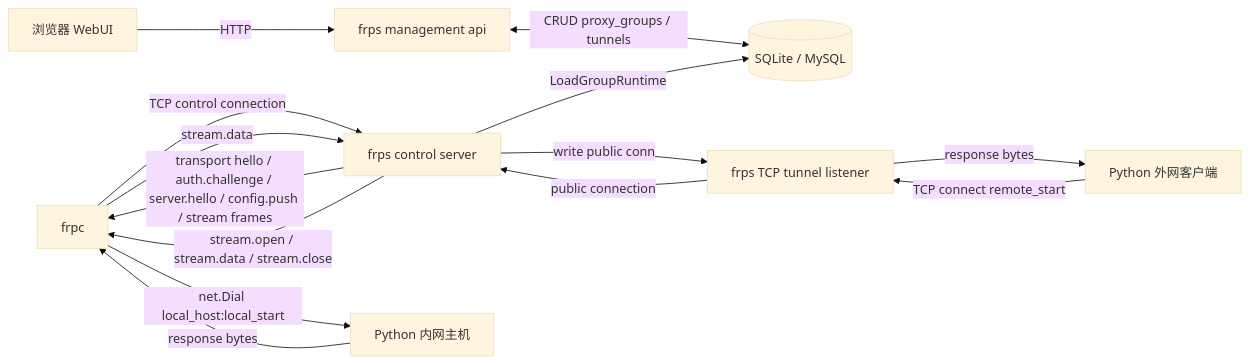
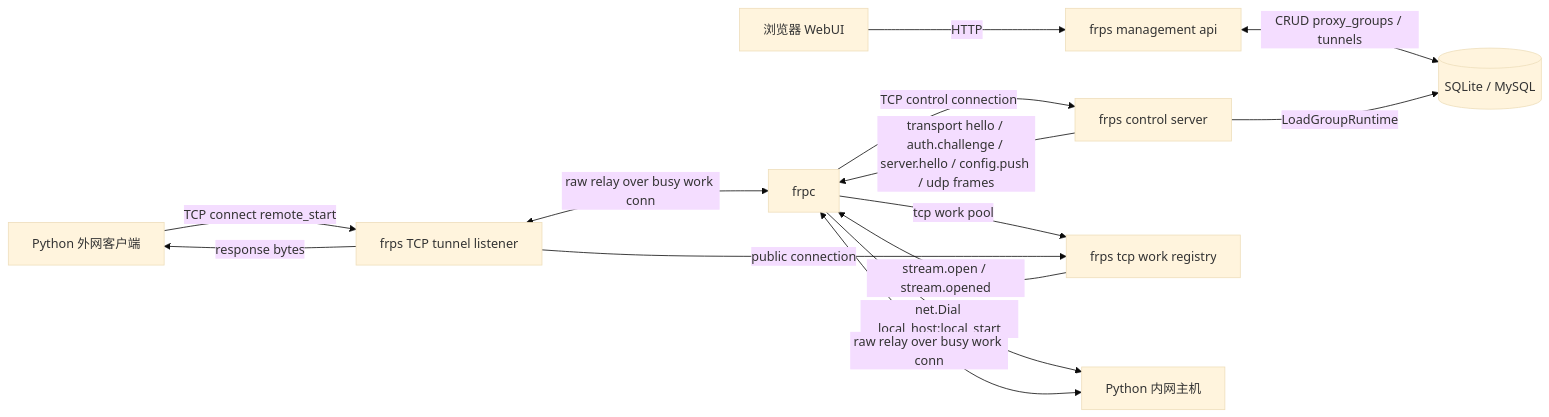
The first of 6 diagrams in docs/frps-frpc-current-architecture.md (Zightch/frp), drawn with Mermaid (base theme) before and after one commit. The commit also changed other lines of this file and 20 other files, not shown here.

Commit message:
refactor: finalize tcp work data plane cleanup

````diff
--- a/docs/frps-frpc-current-architecture.md
+++ b/docs/frps-frpc-current-architecture.md
@@ -13,19 +13,18 @@
 ```mermaid
 flowchart LR
     Web[浏览器 WebUI] -->|HTTP| API[frps management api]
     API <-->|CRUD proxy_groups / tunnels| DB[(SQLite / MySQL)]
 
     Frpc[frpc] -->|TCP control connection| Control[frps control server]
     Control -->|LoadGroupRuntime| DB
-    Control -->|transport hello / auth.challenge / server.hello / config.push / stream frames| Frpc
+    Control -->|transport hello / auth.challenge / server.hello / config.push / udp frames| Frpc
+    Frpc -->|tcp work pool| WorkPool[frps tcp work registry]
 
     External[Python 外网客户端] -->|TCP connect remote_start| Public[frps TCP tunnel listener]
-    Public -->|public connection| Control
-    Control -->|stream.open / stream.data / stream.close| Frpc
+    Public -->|public connection| WorkPool
+    WorkPool -->|stream.open / stream.opened| Frpc
     Frpc -->|net.Dial local_host:local_start| Internal[Python 内网主机]
-
-    Internal -->|response bytes| Frpc
-    Frpc -->|stream.data| Control
-    Control -->|write public conn| Public
+    Public <-->|raw relay over busy work conn| Frpc
+    Internal <-->|raw relay over busy work conn| Frpc
     Public -->|response bytes| External
 ```
````
